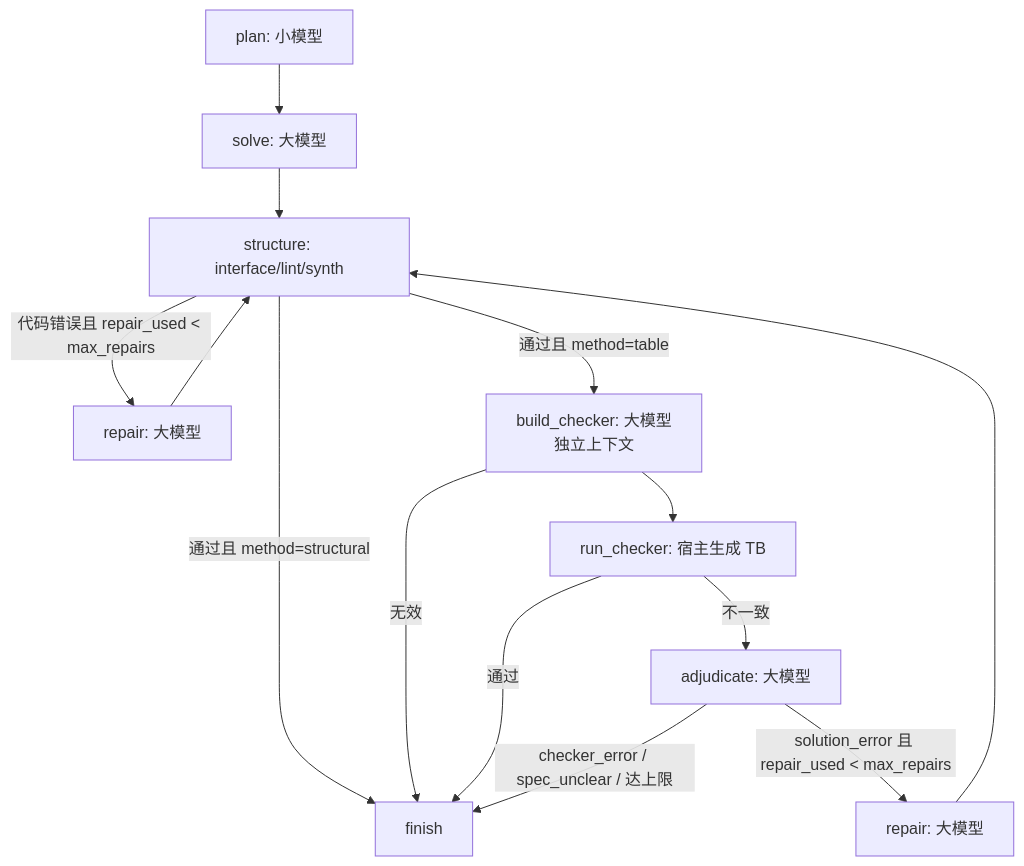
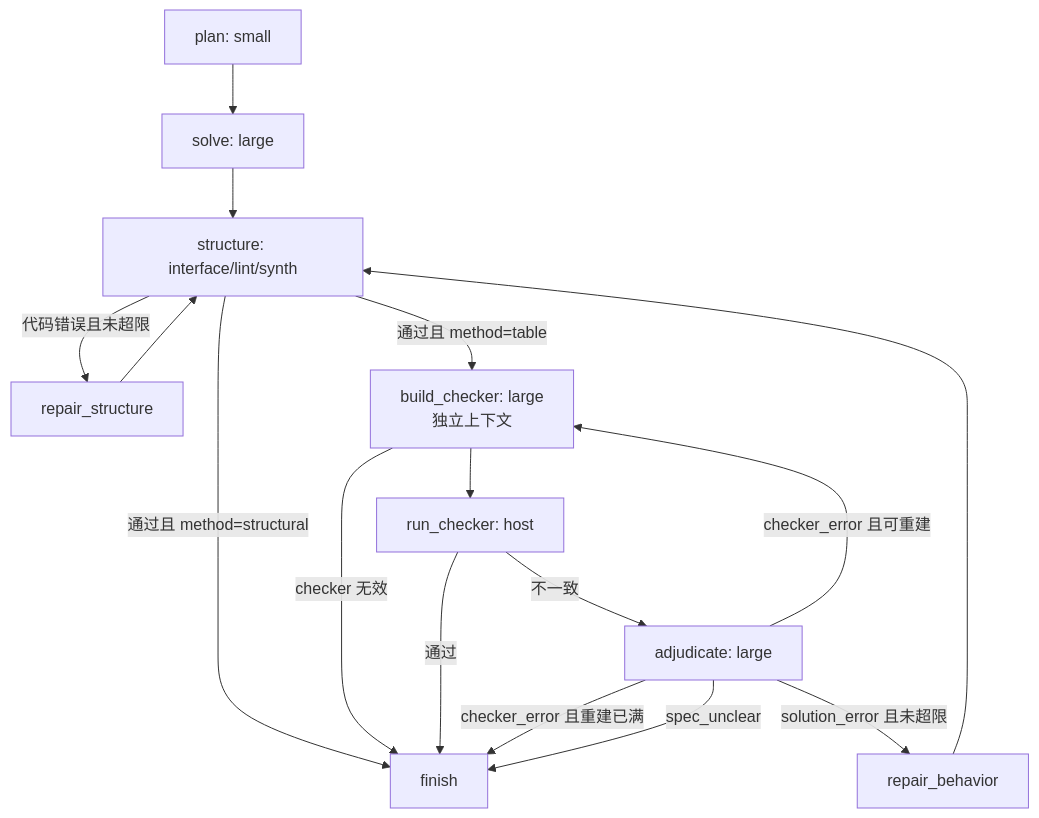
One commit to gugugu531/43240_rtlagent changed the diagram in docs/guided-verify.md. Above: the diagram before and after it, drawn with Mermaid. The commit also changed other lines of this file and 6 other files, not shown here.

````diff
--- a/docs/guided-verify.md
+++ b/docs/guided-verify.md
@@ -16,16 +16,18 @@
 ```mermaid
 flowchart TD
-    P[plan: 小模型] --> S[solve: 大模型]
+    P[plan: small] --> S[solve: large]
     S --> C[structure: interface/lint/synth]
-    C -->|代码错误且 repair_used < max_repairs| R1[repair: 大模型]
+    C -->|代码错误且未超限| R1[repair_structure]
     R1 --> C
-    C -->|通过且 method=table| B[build_checker: 大模型<br/>独立上下文]
+    C -->|通过且 method=table| B[build_checker: large<br/>独立上下文]
     C -->|通过且 method=structural| F[finish]
-    B -->|无效| F
-    B --> X[run_checker: 宿主生成 TB]
+    B -->|checker 无效| F
+    B --> X[run_checker: host]
     X -->|通过| F
-    X -->|不一致| A[adjudicate: 大模型]
-    A -->|solution_error 且 repair_used < max_repairs| R2[repair: 大模型]
+    X -->|不一致| A[adjudicate: large]
+    A -->|solution_error 且未超限| R2[repair_behavior]
     R2 --> C
-    A -->|checker_error / spec_unclear / 达上限| F
+    A -->|checker_error 且可重建| B
+    A -->|checker_error 且重建已满| F
+    A -->|spec_unclear| F
 ```
````
